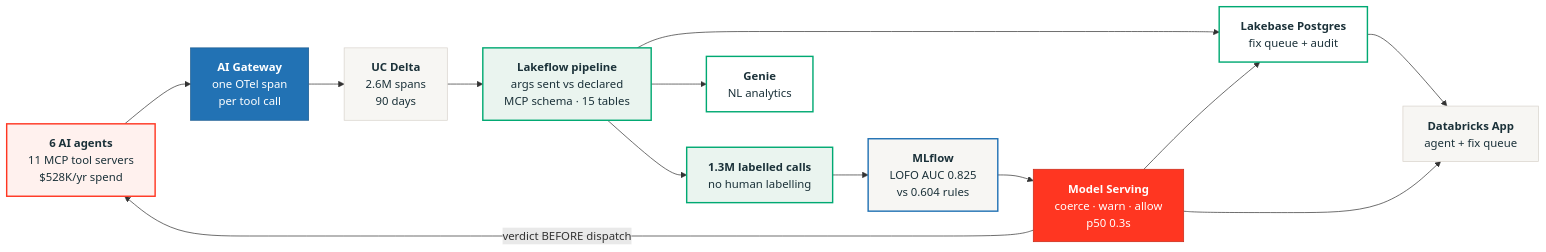
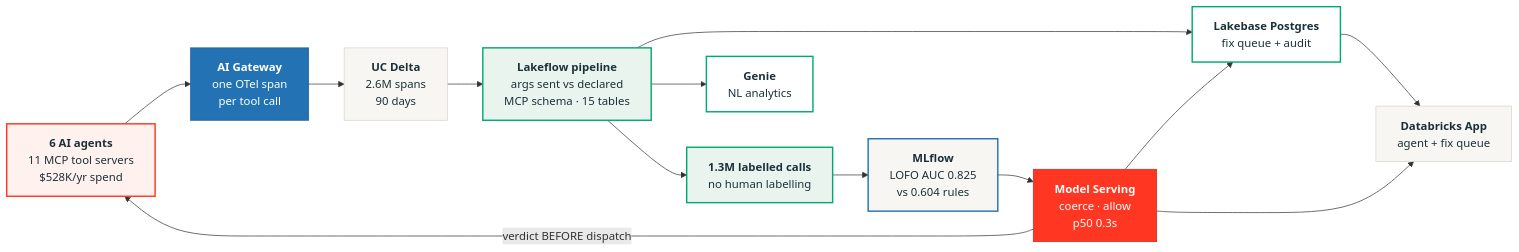
Before and after one commit to 29sonakshi/stop-agent-waste: the first of 2 diagrams in docs/architecture.md, drawn with Mermaid. The commit also changed other lines of this file and 9 other files, not shown here.

First line of the commit message:
Use the deck architecture diagram; collapse the guard to two verdicts

````diff
--- a/docs/architecture.md
+++ b/docs/architecture.md
@@ -13,29 +13,29 @@
 ```mermaid
 flowchart LR
   classDef agents fill:#FFF1EE,stroke:#FF3621,stroke-width:2px,color:#1B3139
   classDef gw     fill:#2272B4,stroke:#1A5A8F,color:#FFFFFF
   classDef lake   fill:#F7F6F3,stroke:#D8D3CC,color:#1B3139
   classDef pipe   fill:#EAF4EF,stroke:#00A972,stroke-width:2px,color:#1B3139
   classDef ml     fill:#F7F6F3,stroke:#2272B4,stroke-width:2px,color:#1B3139
   classDef serve  fill:#FF3621,stroke:#C72A19,color:#FFFFFF
   classDef pg     fill:#FFFFFF,stroke:#00A972,stroke-width:2px,color:#1B3139
 
   A["<b>6 AI agents</b><br/>11 MCP tool servers<br/>$528K/yr spend"]:::agents
   G["<b>AI Gateway</b><br/>one OTel span<br/>per tool call"]:::gw
   D["<b>UC Delta</b><br/>2.6M spans<br/>90 days"]:::lake
   P["<b>Lakeflow pipeline</b><br/>args sent vs declared<br/>MCP schema · 15 tables"]:::pipe
   L["<b>1.3M labelled calls</b><br/>no human labelling"]:::pipe
   T["<b>MLflow</b><br/>LOFO AUC 0.825<br/>vs 0.604 rules"]:::ml
-  S["<b>Model Serving</b><br/>coerce · warn · allow<br/>p50 0.3s"]:::serve
+  S["<b>Model Serving</b><br/>coerce · allow<br/>p50 0.3s"]:::serve
   B["<b>Lakebase Postgres</b><br/>fix queue + audit"]:::pg
   N["<b>Genie</b><br/>NL analytics"]:::pg
   W["<b>Databricks App</b><br/>agent + fix queue"]:::lake
 
   A --> G --> D --> P --> L --> T --> S
   S -->|"verdict BEFORE dispatch"| A
   P --> B
   P --> N
   S --> B
   B --> W
   S --> W
 ```
````
